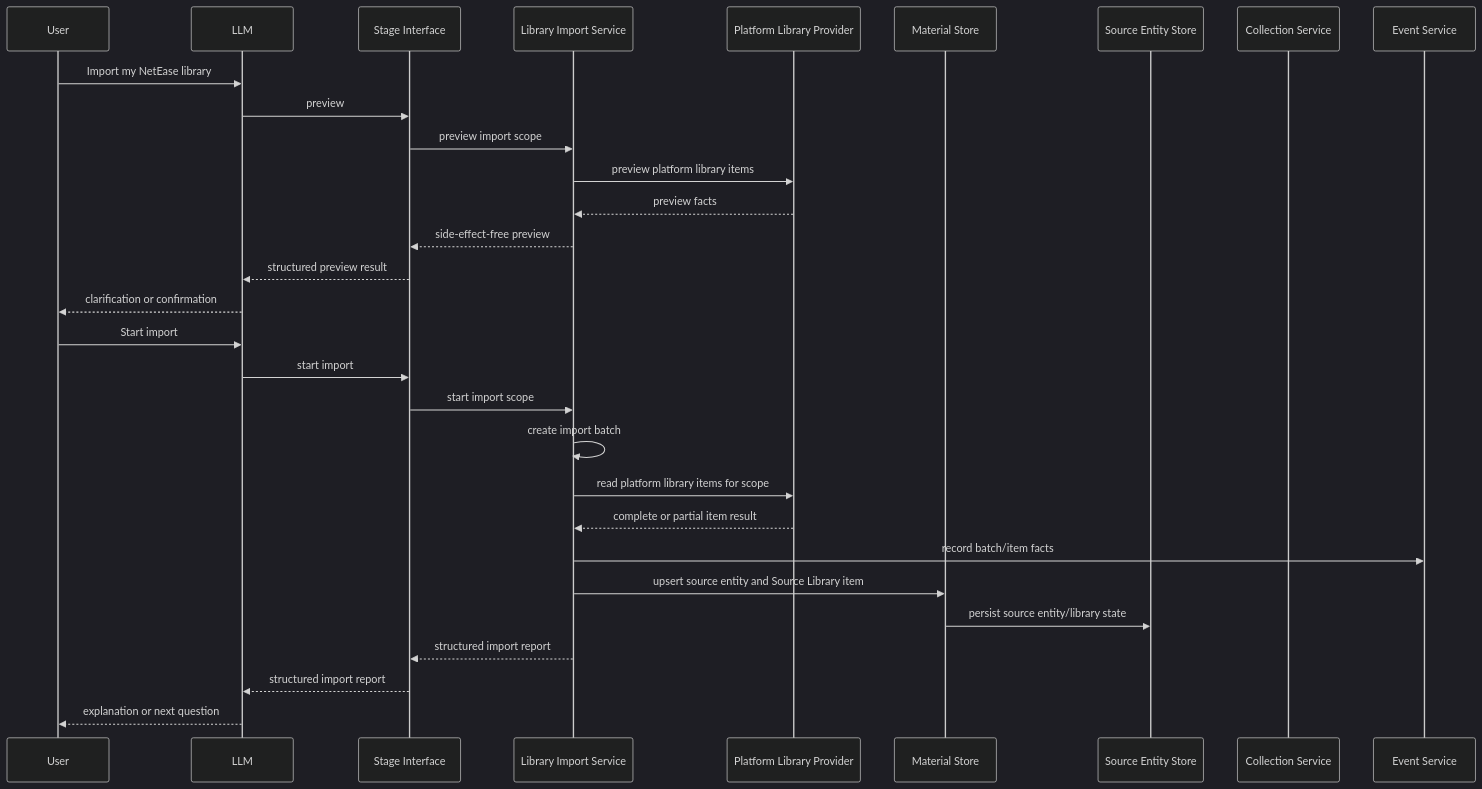
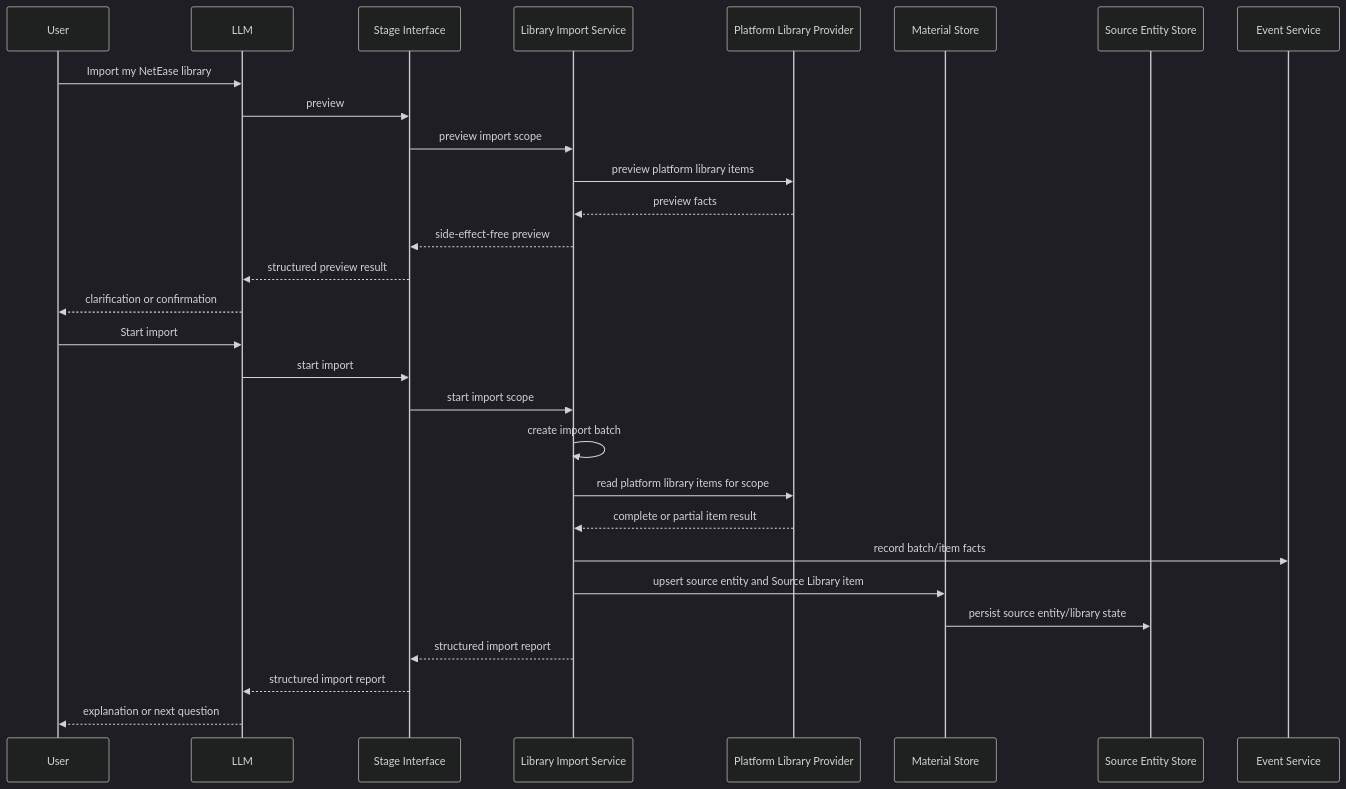
The second of 2 diagrams in docs/library-import/design.md (Odefined/MineMusic), drawn with Mermaid (dark theme) before and after one commit. The commit also changed other lines of this file and 11 other files, not shown here.

````diff
--- a/docs/library-import/design.md
+++ b/docs/library-import/design.md
@@ -469,33 +464,32 @@
 ```mermaid
 sequenceDiagram
     participant User
     participant LLM
     participant Stage as Stage Interface
     participant Import as Library Import Service
     participant Provider as Platform Library Provider
     participant Material as Material Store
     participant SourceEntity as Source Entity Store
-    participant Collection as Collection Service
     participant Events as Event Service
 
     User->>LLM: Import my NetEase library
     LLM->>Stage: preview
     Stage->>Import: preview import scope
     Import->>Provider: preview platform library items
     Provider-->>Import: preview facts
     Import-->>Stage: side-effect-free preview
     Stage-->>LLM: structured preview result
     LLM-->>User: clarification or confirmation
     User->>LLM: Start import
     LLM->>Stage: start import
     Stage->>Import: start import scope
     Import->>Import: create import batch
     Import->>Provider: read platform library items for scope
     Provider-->>Import: complete or partial item result
     Import->>Events: record batch/item facts
     Import->>Material: upsert source entity and Source Library item
     Material->>SourceEntity: persist source entity/library state
     Import-->>Stage: structured import report
     Stage-->>LLM: structured import report
     LLM-->>User: explanation or next question
 ```
````
